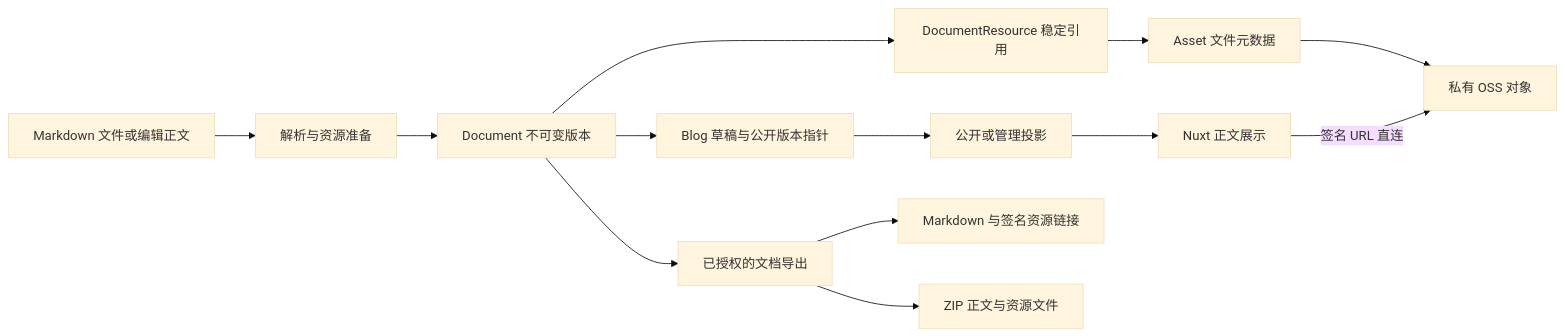
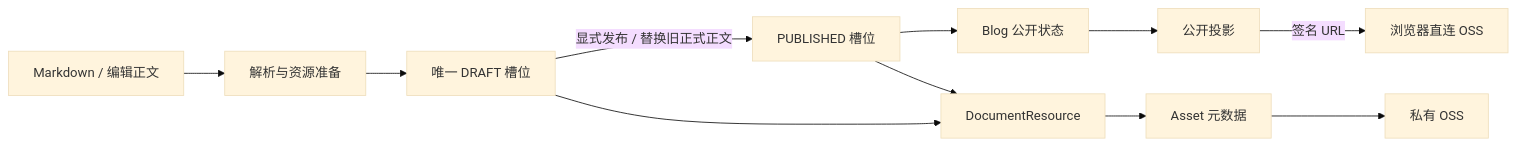
One commit to WKING66/mai-s-portfolio changed the diagram in resources/architecture/diagrams/document/01-overview.mmd. Above: the diagram before and after it, drawn with Mermaid (base theme). The commit also changed 76 other files, not shown here.

Commit message:
refactor(backend-blog): align document draft and publication lifecycle

```diff
--- a/resources/architecture/diagrams/document/01-overview.mmd
+++ b/resources/architecture/diagrams/document/01-overview.mmd
@@ -1,14 +1,11 @@
-%% Generated from docs/architecture/document-import-export.md; edit that document first.
 flowchart LR
-    input[Markdown 文件或编辑正文] --> prepare[解析与资源准备]
-    prepare --> doc[Document 不可变版本]
-    doc --> blog[Blog 草稿与公开版本指针]
-    doc --> relation[DocumentResource 稳定引用]
-    relation --> asset[Asset 文件元数据]
-    asset --> oss[私有 OSS 对象]
-    blog --> projection[公开或管理投影]
-    projection --> nuxt[Nuxt 正文展示]
-    nuxt -->|签名 URL 直连| oss
-    doc --> export[已授权的文档导出]
-    export --> md[Markdown 与签名资源链接]
-    export --> zip[ZIP 正文与资源文件]
+    input[Markdown / 编辑正文] --> prepare[解析与资源准备]
+    prepare --> draft[唯一 DRAFT 槽位]
+    draft -->|显式发布 / 替换旧正式正文| formal[PUBLISHED 槽位]
+    formal --> visible[Blog 公开状态]
+    draft --> relation[DocumentResource]
+    formal --> relation
+    relation --> asset[Asset 元数据]
+    asset --> oss[私有 OSS]
+    visible --> view[公开投影]
+    view -->|签名 URL| browser[浏览器直连 OSS]
```
